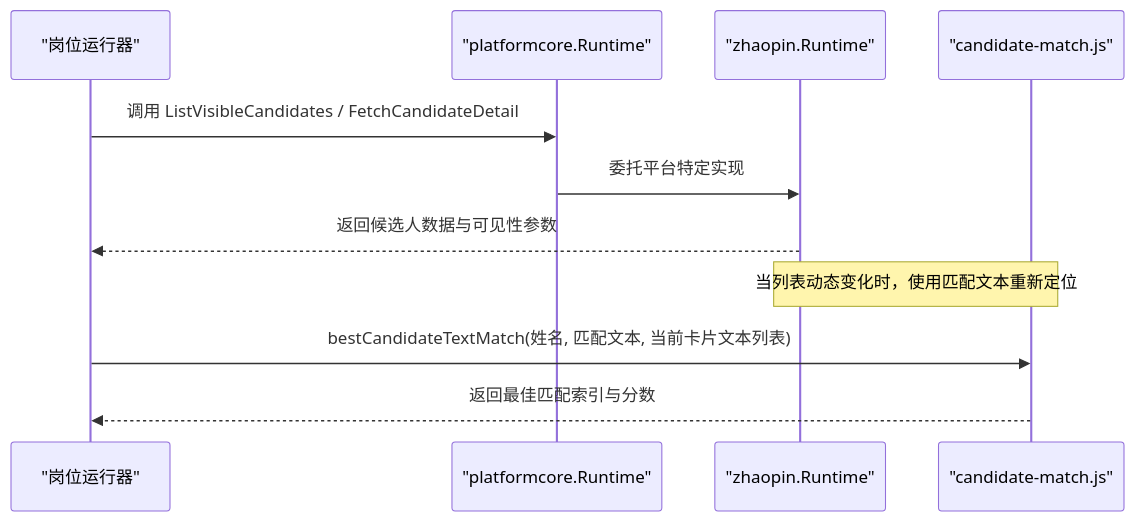
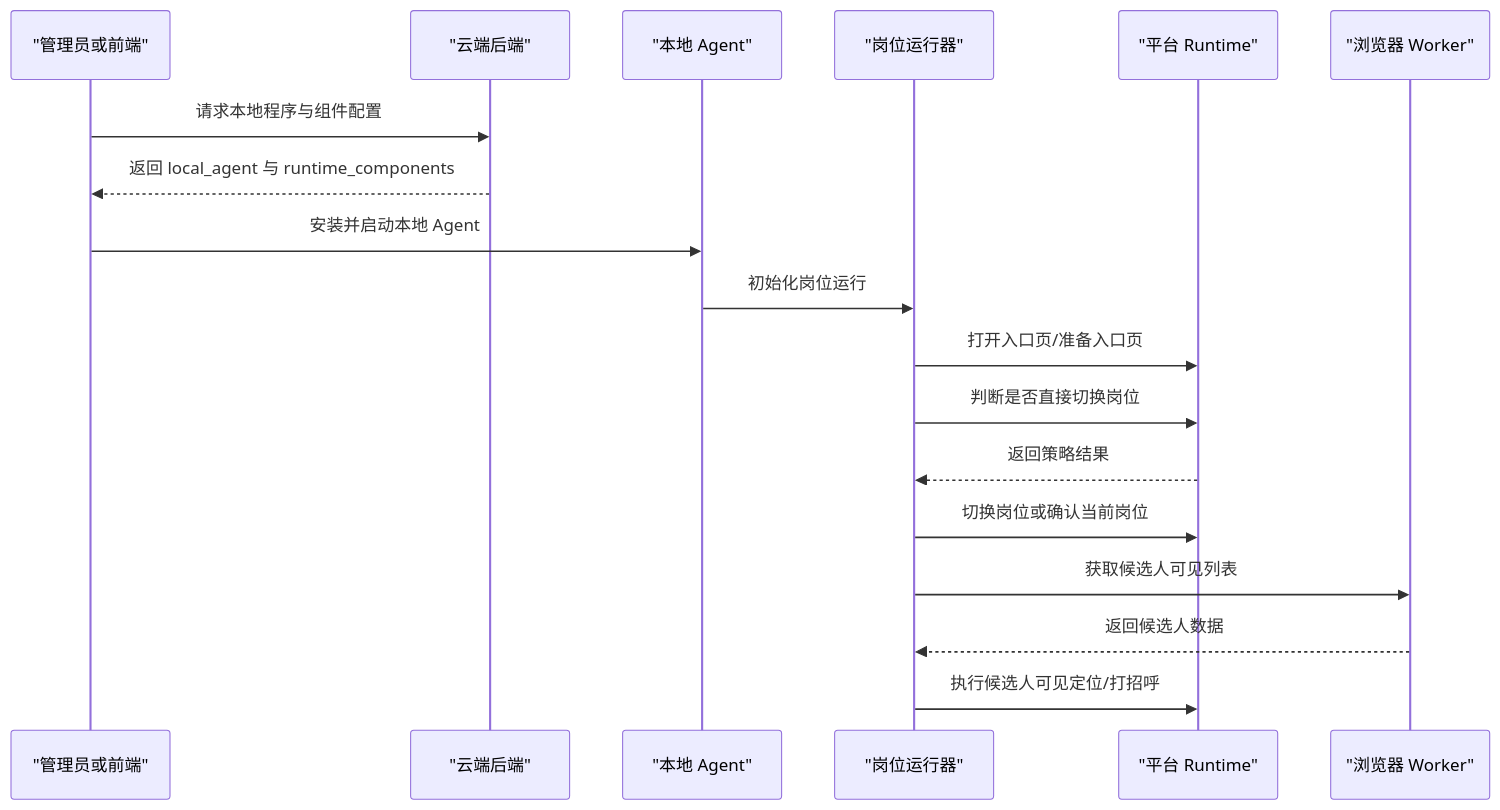
The second of 6 diagrams in .qoder/repowiki/zh/content/本地执行器/平台适配器/前程无忧适配器/运行时配置.md (alvinwangzi/goodhr), drawn with Mermaid before and after one commit. The commit also changed other lines of this file and 149 other files, not shown here.

````diff
--- a/.qoder/repowiki/zh/content/本地执行器/平台适配器/前程无忧适配器/运行时配置.md
+++ b/.qoder/repowiki/zh/content/本地执行器/平台适配器/前程无忧适配器/运行时配置.md
@@ -76,13 +90,20 @@
 ```mermaid
 sequenceDiagram
+participant Admin as "管理员或前端"
+participant Cloud as "云端后端"
+participant Local as "本地 Agent"
 participant Runner as "岗位运行器"
-participant Core as "platformcore.Runtime"
-participant ZR as "zhaopin.Runtime"
-participant Worker as "candidate-match.js"
-Runner->>Core : 调用 ListVisibleCandidates / FetchCandidateDetail
-Core->>ZR : 委托平台特定实现
-ZR-->>Runner : 返回候选人数据与可见性参数
-Note over ZR,Worker : 当列表动态变化时，使用匹配文本重新定位
-Runner->>Worker : bestCandidateTextMatch(姓名, 匹配文本, 当前卡片文本列表)
-Worker-->>Runner : 返回最佳匹配索引与分数
+participant Platform as "平台 Runtime"
+participant Worker as "浏览器 Worker"
+Admin->>Cloud : 请求本地程序与组件配置
+Cloud-->>Admin : 返回 local_agent 与 runtime_components
+Admin->>Local : 安装并启动本地 Agent
+Local->>Runner : 初始化岗位运行
+Runner->>Platform : 打开入口页/准备入口页
+Runner->>Platform : 判断是否直接切换岗位
+Platform-->>Runner : 返回策略结果
+Runner->>Platform : 切换岗位或确认当前岗位
+Runner->>Worker : 获取候选人可见列表
+Worker-->>Runner : 返回候选人数据
+Runner->>Platform : 执行候选人可见定位/打招呼
 ```
````
